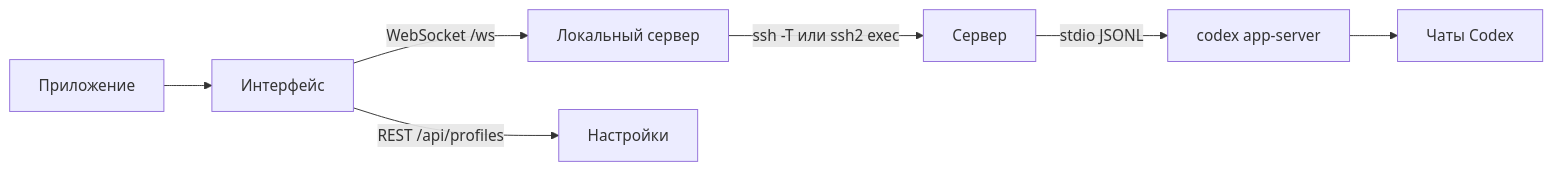
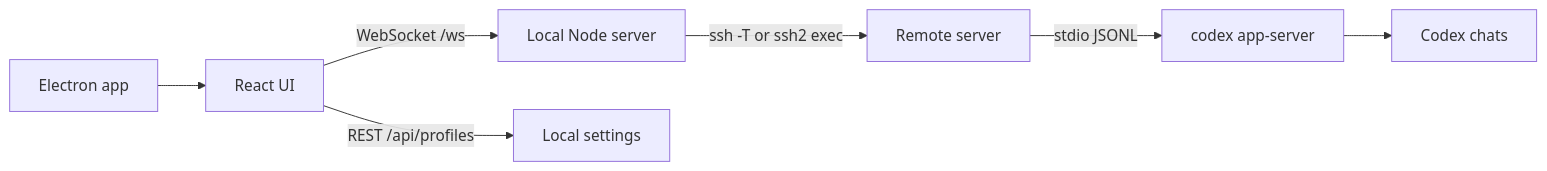
One commit to rub1kub/codex-remote-console changed the diagram in README.md. Above: the diagram before and after it, drawn with Mermaid. The commit also changed other lines of this file and 8 other files, not shown here.

````diff
--- a/README.md
+++ b/README.md
@@ -83,9 +101,9 @@
 ```mermaid
 flowchart LR
-  Electron["Приложение"] --> UI["Интерфейс"]
-  UI -->|WebSocket /ws| Node["Локальный сервер"]
-  UI -->|REST /api/profiles| Profiles["Настройки"]
-  Node -->|ssh -T или ssh2 exec| Remote["Сервер"]
+  Electron["Electron app"] --> UI["React UI"]
+  UI -->|WebSocket /ws| Node["Local Node server"]
+  UI -->|REST /api/profiles| Profiles["Local settings"]
+  Node -->|ssh -T or ssh2 exec| Remote["Remote server"]
   Remote -->|stdio JSONL| AppServer["codex app-server"]
-  AppServer --> Sessions["Чаты Codex"]
+  AppServer --> Sessions["Codex chats"]
 ```
````
